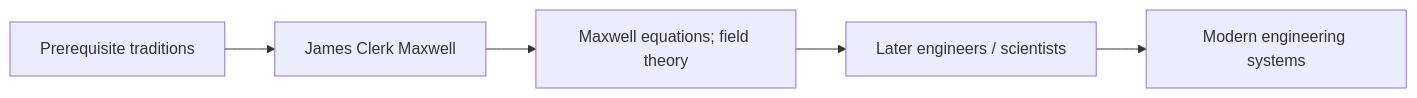
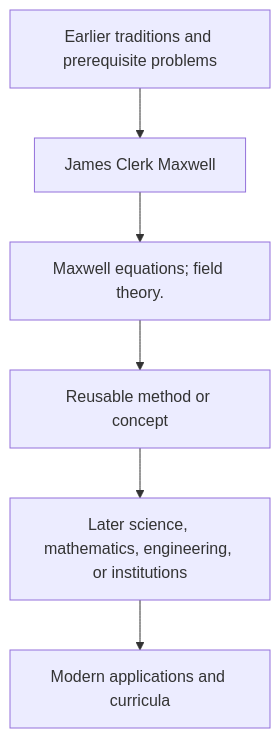
One commit to via-decide/ViaLogic changed the diagram in docs/history/james-clerk-maxwell/influence.md. Above: the diagram before and after it, drawn with Mermaid. The commit also changed other lines of this file and 858 other files, not shown here.

````diff
--- a/docs/history/james-clerk-maxwell/influence.md
+++ b/docs/history/james-clerk-maxwell/influence.md
@@ -29,7 +16,8 @@
 ```mermaid
-graph LR
-  prerequisites["Prerequisite traditions"] --> current["James Clerk Maxwell"]
-  current --> contribution["Maxwell equations; field theory"]
-  contribution --> successors["Later engineers / scientists"]
-  successors --> modern["Modern engineering systems"]
+graph TD
+  Prior[Earlier traditions and prerequisite problems] --> Person[James Clerk Maxwell]
+  Person --> Contribution[Maxwell equations; field theory.]
+  Contribution --> Method[Reusable method or concept]
+  Method --> Later[Later science, mathematics, engineering, or institutions]
+  Later --> Modern[Modern applications and curricula]
 ```
````
